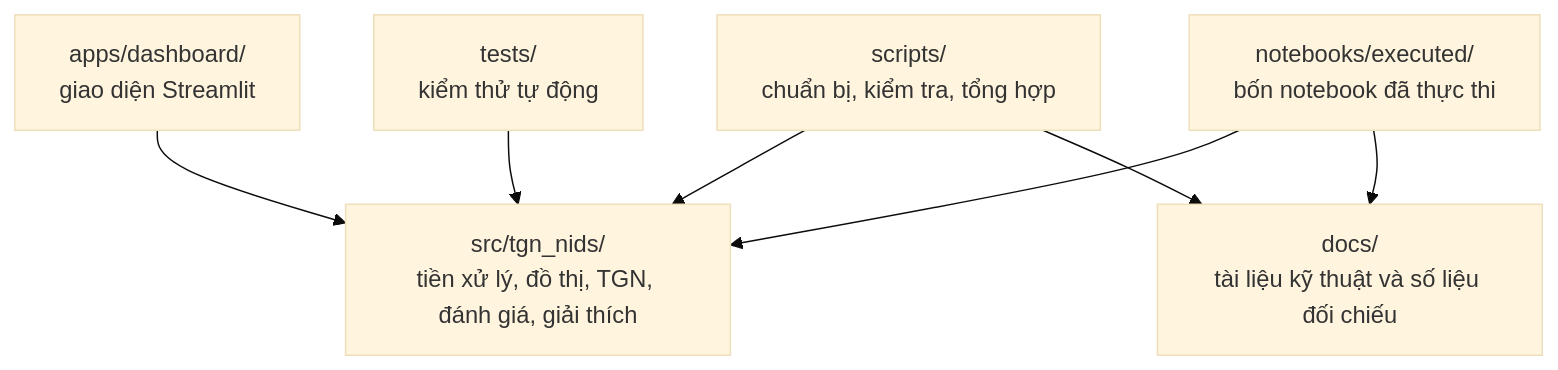
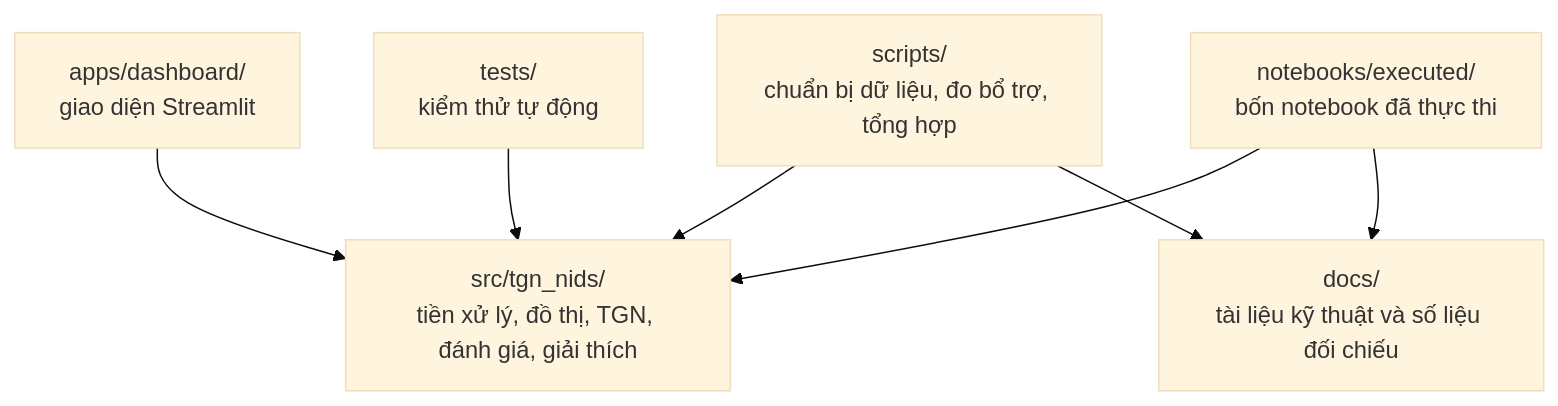
One commit to C0xff/TGN-NIDS changed the first of 2 diagrams in docs/SO_DO_KIEN_TRUC_DU_AN.md. Above: the diagram before and after it, drawn with Mermaid (base theme). The commit also changed other lines of this file and 10 other files, not shown here.

````diff
--- a/docs/SO_DO_KIEN_TRUC_DU_AN.md
+++ b/docs/SO_DO_KIEN_TRUC_DU_AN.md
@@ -10,16 +10,16 @@
 ```mermaid
 flowchart TD
     SRC["src/tgn_nids/<br/>tiền xử lý, đồ thị, TGN, đánh giá, giải thích"]
     APP["apps/dashboard/<br/>giao diện Streamlit"]
-    SCRIPTS["scripts/<br/>chuẩn bị, kiểm tra, tổng hợp"]
+    SCRIPTS["scripts/<br/>chuẩn bị dữ liệu, đo bổ trợ, tổng hợp"]
     TESTS["tests/<br/>kiểm thử tự động"]
     EXEC["notebooks/executed/<br/>bốn notebook đã thực thi"]
     DOCS["docs/<br/>tài liệu kỹ thuật và số liệu đối chiếu"]
 
     SCRIPTS --> SRC
     APP --> SRC
     TESTS --> SRC
     EXEC --> SRC
     EXEC --> DOCS
     SCRIPTS --> DOCS
 ```
````
